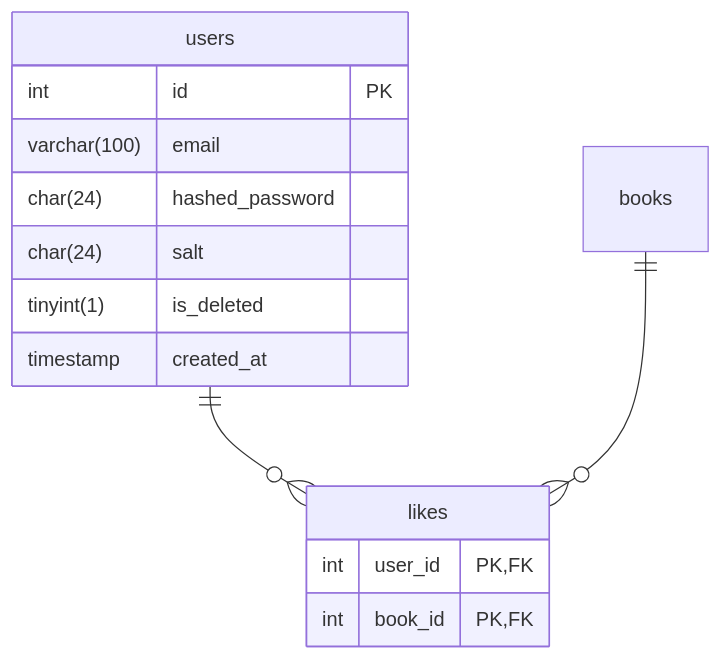
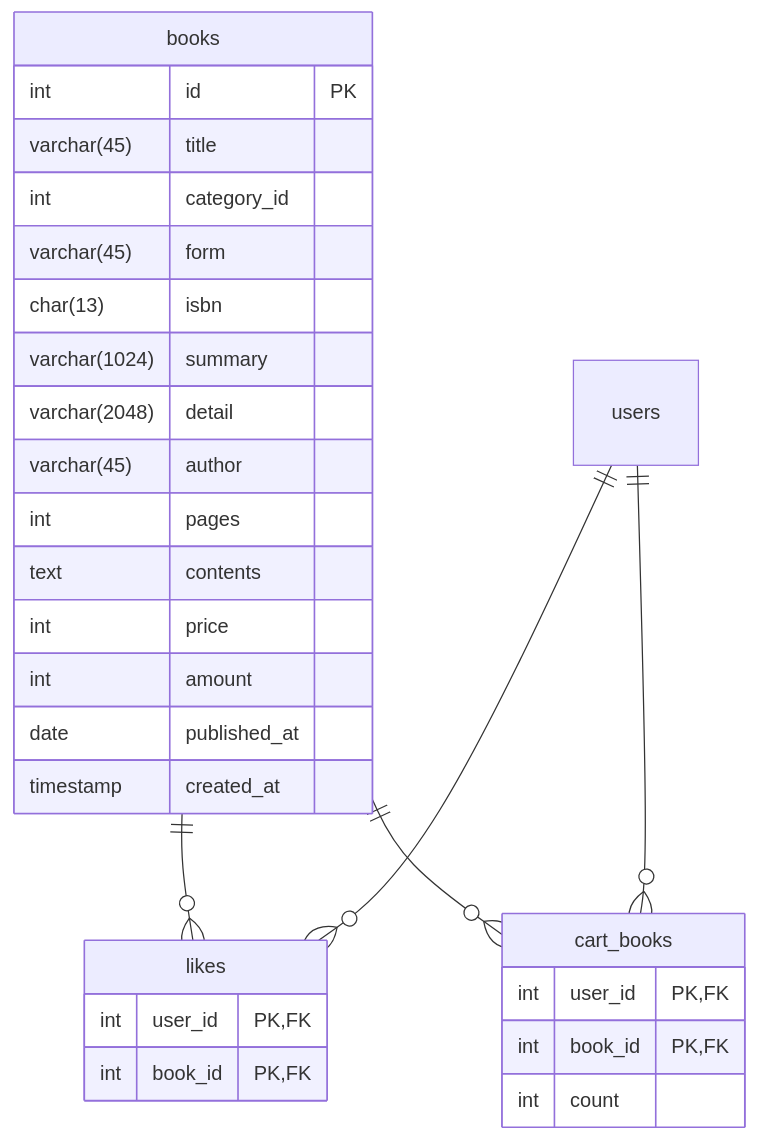
One commit to kimdev0206/project-2 changed the first of 4 diagrams in README.md. Above: the diagram before and after it, drawn with Mermaid. The commit also changed 10 other files, not shown here.

````diff
--- a/README.md
+++ b/README.md
@@ -31,19 +28,35 @@
 ```mermaid
 erDiagram
- users {
-      int id PK
-      varchar(100) email
-      char(24) hashed_password
-      char(24) salt
-      tinyint(1) is_deleted
-      timestamp created_at
-   }
-
    likes {
       int user_id PK, FK
       int book_id PK, FK
    }
 
+   cart_books {
+      int user_id PK, FK
+      int book_id PK, FK
+      int count
+   }
+
+   books {
+      int id PK
+      varchar(45) title
+      int category_id
+      varchar(45) form
+      char(13) isbn
+      varchar(1024) summary
+      varchar(2048) detail
+      varchar(45) author
+      int pages
+      text contents
+      int price
+      int amount
+      date published_at
+      timestamp created_at
+   }
+
    users ||--o{ likes : ""
    books ||--o{ likes : ""
+   books ||--o{ cart_books : ""
+   users ||--o{ cart_books : ""
 ```
````
